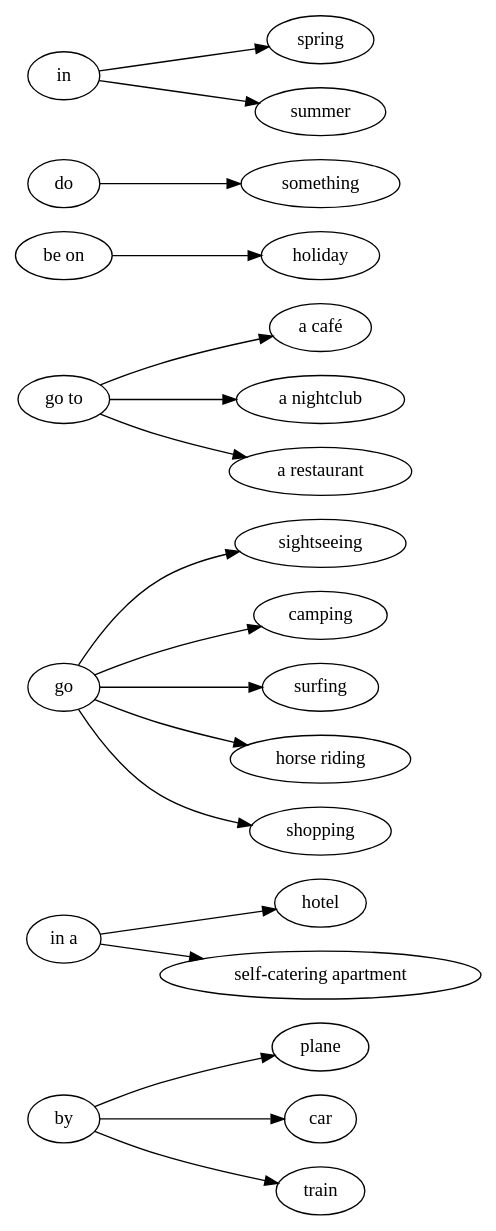
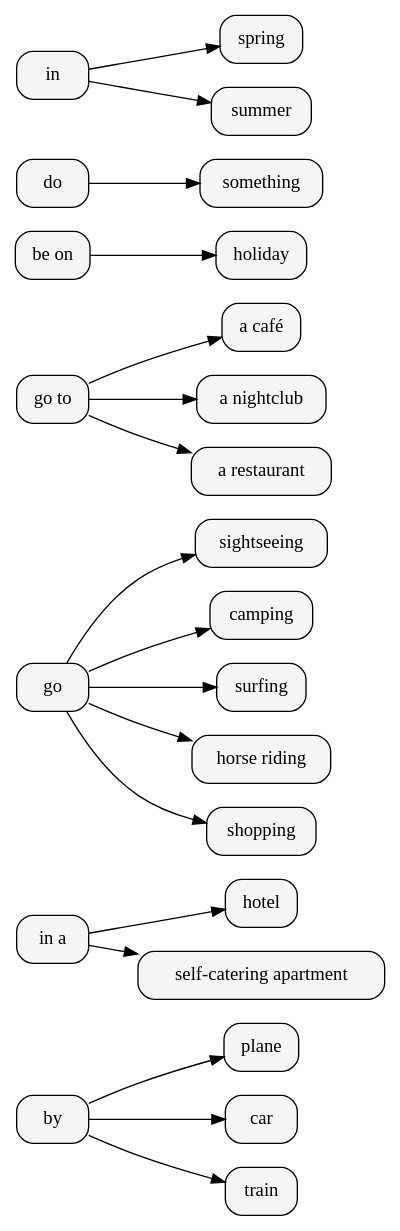
One commit to 1nv1/CulturalInglesa changed the second of 5 diagrams in 2nd/index.org. Above: the diagram before and after it, drawn with Graphviz. The commit also changed other lines of this file and 8 other files, not shown here.

```diff
--- a/2nd/index.org
+++ b/2nd/index.org
@@ -115,11 +113,11 @@
 #+BEGIN_SRC dot :file travel.svg :cmdline -Kneato -Tsvg
-  digraph { rankdir = LR; overlap = false;
+  digraph { rankdir = LR; node [ style = "rounded, filled", fillcolor = "gray96", shape = box]; overlap = false;
     "by" -> { "plane", "car", "train" };
     "in a" -> { "hotel", "self-catering apartment" };
     "go" -> { "sightseeing", "camping", "surfing", "horse riding", "shopping" };
     "go to" -> { "a café", "a nightclub", "a restaurant" };
     "be on" -> { "holiday" };
     "do" -> { "something" };
     "in" -> { "spring", "summer" };
   }
 #+END_SRC
```
